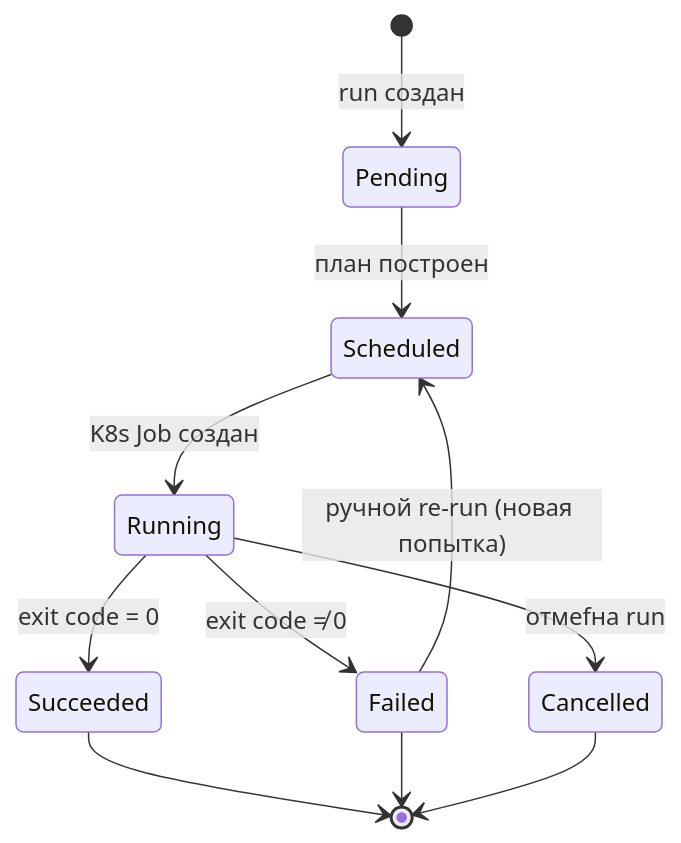
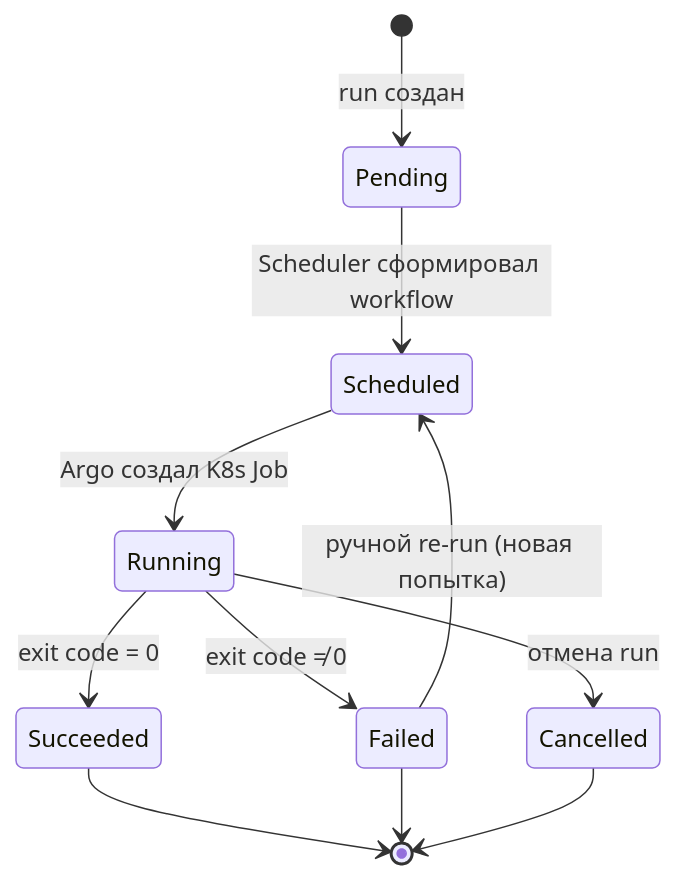
Before and after one commit to AnarCom/p-graph: the third of 3 diagrams in README.md, drawn with Mermaid. The commit also changed other lines of this file, not shown here.

Commit message:
docs: update architecture

````diff
--- a/README.md
+++ b/README.md
@@ -204,13 +207,13 @@
 ```mermaid
 stateDiagram-v2
     [*] --> Pending: run создан
-    Pending --> Scheduled: план построен
-    Scheduled --> Running: K8s Job создан
+    Pending --> Scheduled: Scheduler сформировал workflow
+    Scheduled --> Running: Argo создал K8s Job
     Running --> Succeeded: exit code = 0
     Running --> Failed: exit code ≠ 0
-    Running --> Cancelled: отмеfна run
+    Running --> Cancelled: отмена run
     Failed --> Scheduled: ручной re-run (новая попытка)
     Succeeded --> [*]
     Failed --> [*]
     Cancelled --> [*]
 ```
````
